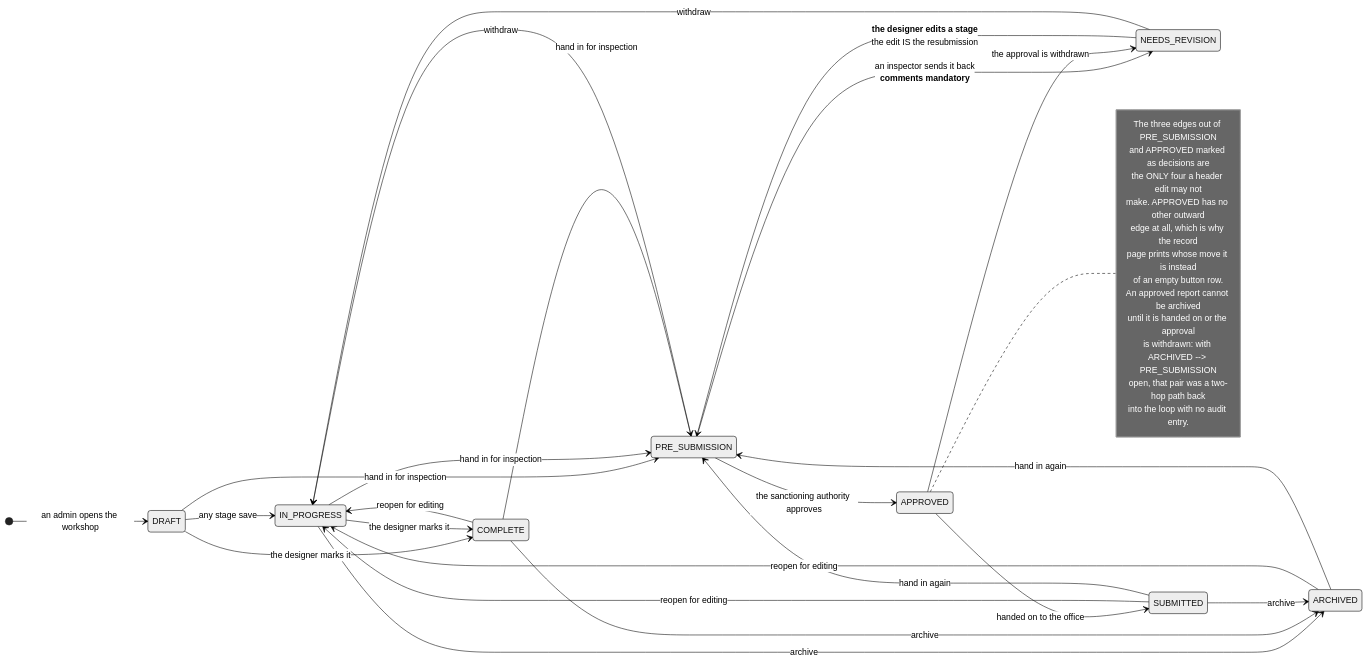
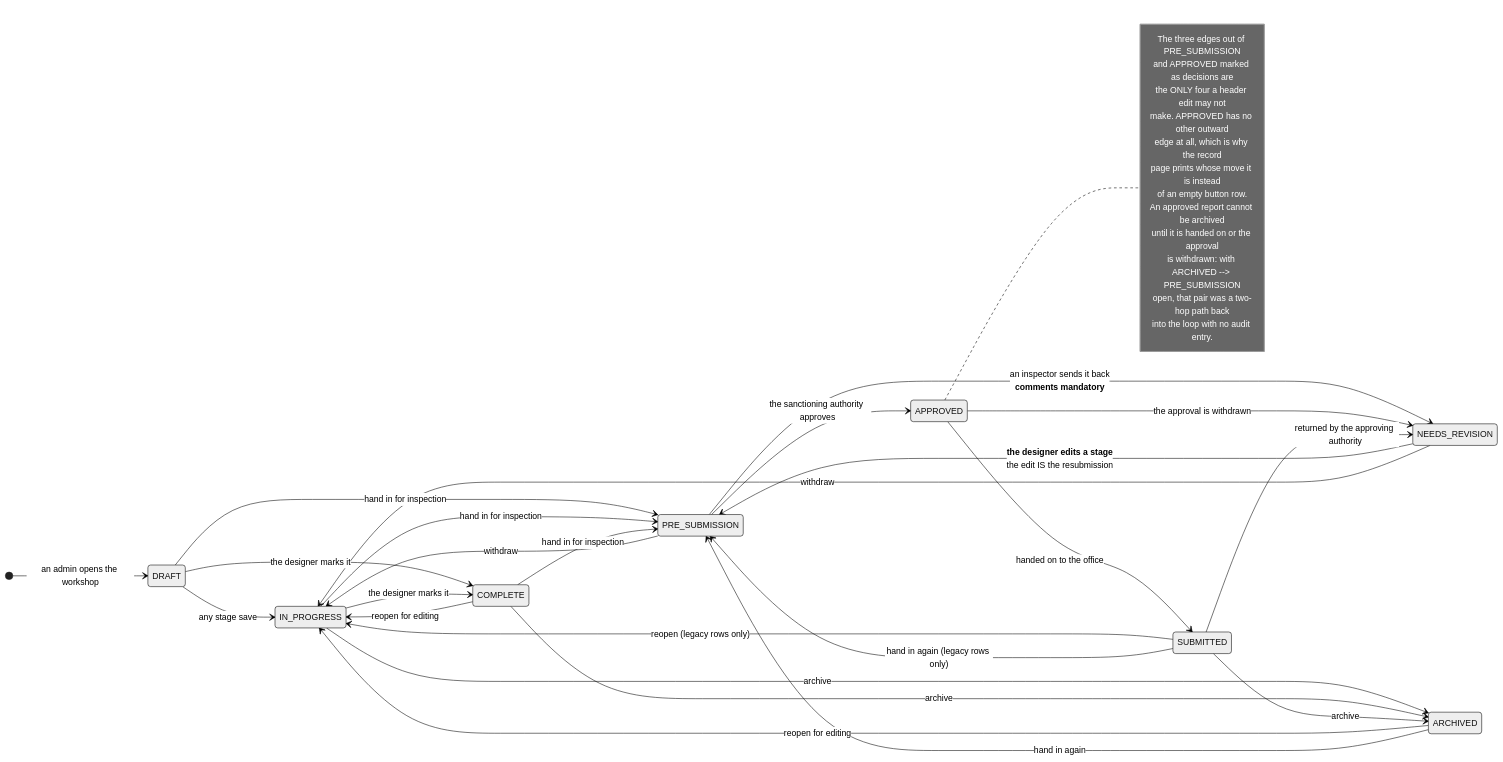
The fourth of 7 diagrams in docs/PERMISSIONS.md (cxacraftecosystem-ui/designer-portal), drawn with Mermaid (neutral theme) before and after one commit. The commit also changed other lines of this file and 64 other files, not shown here.

````diff
--- a/docs/PERMISSIONS.md
+++ b/docs/PERMISSIONS.md
@@ -994,45 +1006,46 @@
 ```mermaid
 stateDiagram-v2
   direction LR
   [*] --> DRAFT: an admin opens the workshop
   DRAFT --> IN_PROGRESS: any stage save
   DRAFT --> COMPLETE: the designer marks it
   IN_PROGRESS --> COMPLETE: the designer marks it
   COMPLETE --> IN_PROGRESS: reopen for editing
 
   DRAFT --> PRE_SUBMISSION: hand in for inspection
   IN_PROGRESS --> PRE_SUBMISSION: hand in for inspection
   COMPLETE --> PRE_SUBMISSION: hand in for inspection
   PRE_SUBMISSION --> IN_PROGRESS: withdraw
 
   PRE_SUBMISSION --> NEEDS_REVISION: an inspector sends it back<br/><b>comments mandatory</b>
   NEEDS_REVISION --> PRE_SUBMISSION: <b>the designer edits a stage</b><br/>the edit IS the resubmission
   NEEDS_REVISION --> IN_PROGRESS: withdraw
 
   PRE_SUBMISSION --> APPROVED: the sanctioning authority approves
   APPROVED --> NEEDS_REVISION: the approval is withdrawn
   APPROVED --> SUBMITTED: handed on to the office
+  SUBMITTED --> NEEDS_REVISION: returned by the approving authority
 
-  SUBMITTED --> IN_PROGRESS: reopen for editing
-  SUBMITTED --> PRE_SUBMISSION: hand in again
+  SUBMITTED --> IN_PROGRESS: reopen (legacy rows only)
+  SUBMITTED --> PRE_SUBMISSION: hand in again (legacy rows only)
   ARCHIVED --> IN_PROGRESS: reopen for editing
   ARCHIVED --> PRE_SUBMISSION: hand in again
   IN_PROGRESS --> ARCHIVED: archive
   COMPLETE --> ARCHIVED: archive
   SUBMITTED --> ARCHIVED: archive
 
   note right of APPROVED
     The three edges out of PRE_SUBMISSION
     and APPROVED marked as decisions are
     the ONLY four a header edit may not
     make. APPROVED has no other outward
     edge at all, which is why the record
     page prints whose move it is instead
     of an empty button row.
     An approved report cannot be archived
     until it is handed on or the approval
     is withdrawn: with ARCHIVED --> PRE_SUBMISSION
     open, that pair was a two-hop path back
     into the loop with no audit entry.
   end note
 ```
````
